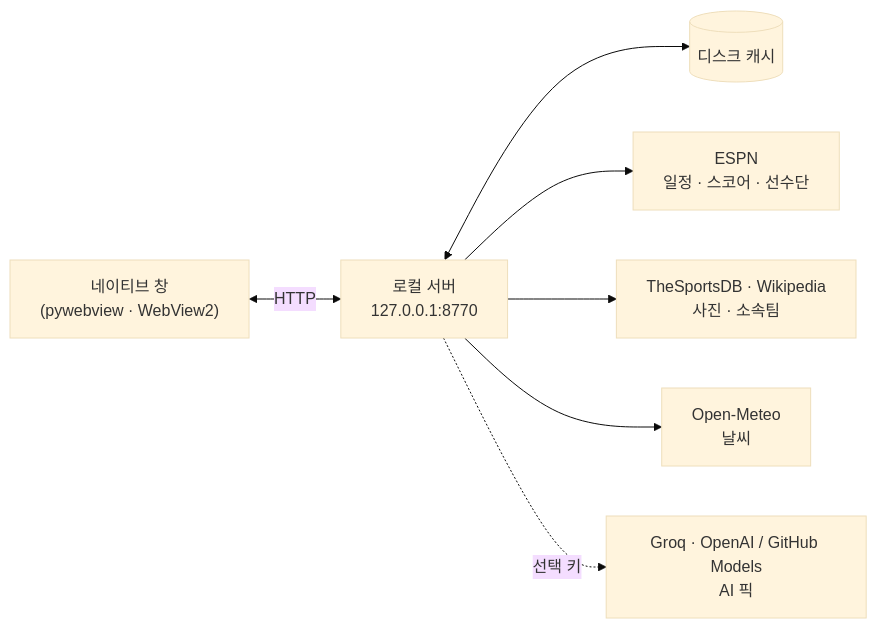
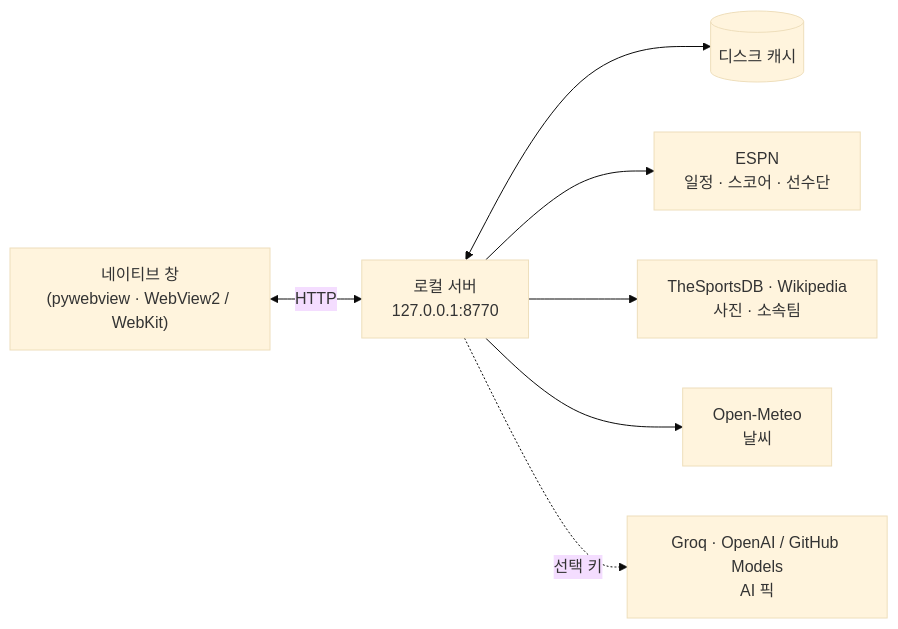
Before and after one commit to dongliquan/WorldCup_Pilot: the diagram in README.ko.md, drawn with Mermaid (base theme). The commit also changed other lines of this file and 15 other files, not shown here.

````diff
--- a/README.ko.md
+++ b/README.ko.md
@@ -24,9 +24,9 @@
 ```mermaid
 flowchart LR
-  W["네이티브 창<br/>(pywebview · WebView2)"] <-->|HTTP| S["로컬 서버<br/>127.0.0.1:8770"]
+  W["네이티브 창<br/>(pywebview · WebView2 / WebKit)"] <-->|HTTP| S["로컬 서버<br/>127.0.0.1:8770"]
   S <--> C[("디스크 캐시")]
   S --> E["ESPN<br/>일정 · 스코어 · 선수단"]
   S --> T["TheSportsDB · Wikipedia<br/>사진 · 소속팀"]
   S --> M["Open-Meteo<br/>날씨"]
   S -.->|선택 키| A["Groq · OpenAI / GitHub Models<br/>AI 픽"]
 ```
````
